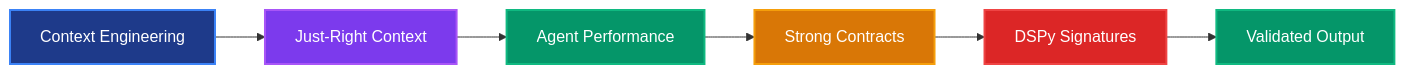
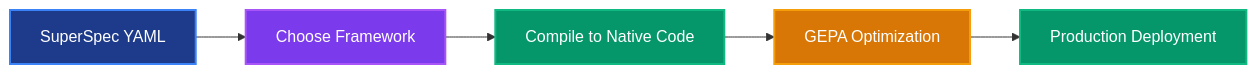
One commit to SuperagenticAI/superoptix-ai changed the diagram in docs/guides/superspec.md. Above: the diagram before and after it, drawn with Mermaid. The commit also changed other lines of this file and 63 other files, not shown here.

````diff
--- a/docs/guides/superspec.md
+++ b/docs/guides/superspec.md
@@ -32,15 +40,13 @@
 ```mermaid
 graph LR
-    A[Context Engineering] --> B[Just-Right Context]
-    B --> C[Agent Performance]
-    C --> D[Strong Contracts]
-    D --> E[DSPy Signatures]
-    E --> F[Validated Output]
+    A[SuperSpec YAML] --> B[Choose Framework]
+    B --> C[Compile to Native Code]
+    C --> D[GEPA Optimization]
+    D --> E[Production Deployment]
     
     style A fill:#1e3a8a,stroke:#3b82f6,stroke-width:2px,color:#ffffff
     style B fill:#7c3aed,stroke:#a855f7,stroke-width:2px,color:#ffffff
     style C fill:#059669,stroke:#10b981,stroke-width:2px,color:#ffffff
     style D fill:#d97706,stroke:#f59e0b,stroke-width:2px,color:#ffffff
-    style E fill:#dc2626,stroke:#ef4444,stroke-width:2px,color:#ffffff
-    style F fill:#059669,stroke:#10b981,stroke-width:2px,color:#ffffff
+    style E fill:#059669,stroke:#10b981,stroke-width:2px,color:#ffffff
 ```
````
